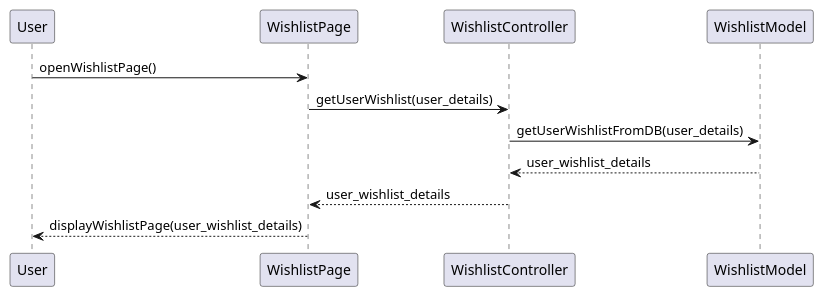
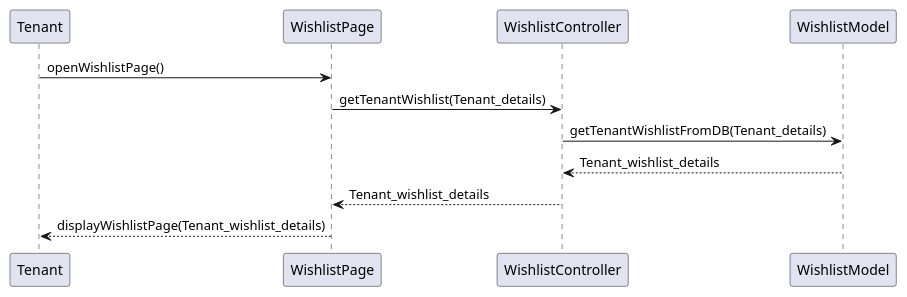
The diagram in Design/BHFMS_SEQUENCE/View Wishlist.puml (AntWort21/BHFMS), drawn with PlantUML before and after one commit. The commit also changed 11 other files, not shown here.

Commit message:
adjusted all diagram's actor

```diff
--- a/Design/BHFMS_SEQUENCE/View Wishlist.puml
+++ b/Design/BHFMS_SEQUENCE/View Wishlist.puml
@@ -1,10 +1,10 @@
 @startuml
 
-User -> WishlistPage: openWishlistPage()
-WishlistPage -> WishlistController: getUserWishlist(user_details)
-WishlistController -> WishlistModel: getUserWishlistFromDB(user_details)
-WishlistController <-- WishlistModel: user_wishlist_details
-WishlistPage <-- WishlistController: user_wishlist_details
-User <-- WishlistPage: displayWishlistPage(user_wishlist_details)
+Tenant -> WishlistPage: openWishlistPage()
+WishlistPage -> WishlistController: getTenantWishlist(Tenant_details)
+WishlistController -> WishlistModel: getTenantWishlistFromDB(Tenant_details)
+WishlistController <-- WishlistModel: Tenant_wishlist_details
+WishlistPage <-- WishlistController: Tenant_wishlist_details
+Tenant <-- WishlistPage: displayWishlistPage(Tenant_wishlist_details)
 
 @enduml
```
